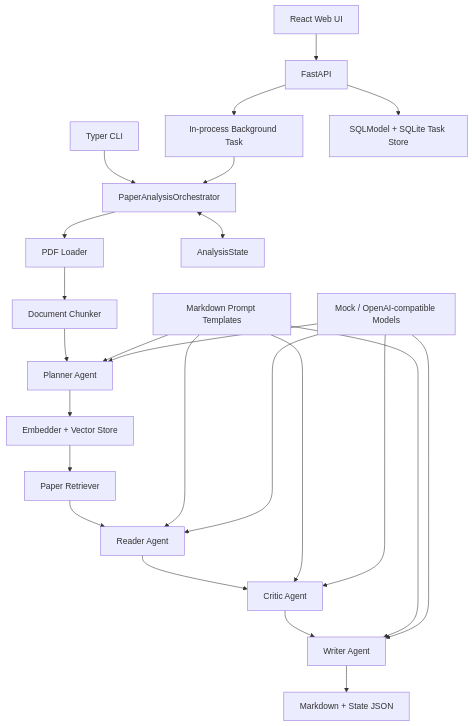
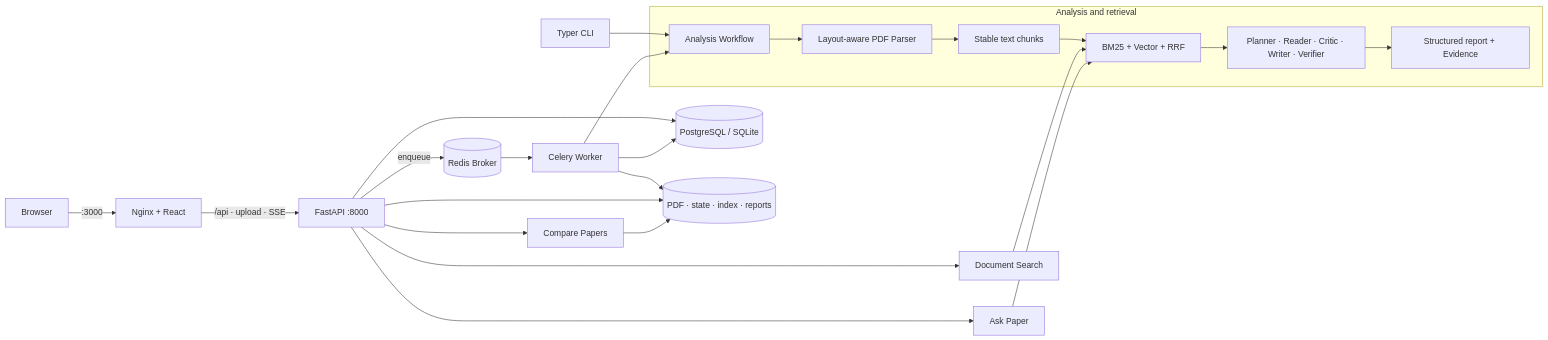
Before and after one commit to user0625/MAPRS: the first of 2 diagrams in README.md, drawn with Mermaid. The commit also changed other lines of this file and 3 other files, not shown here.

````diff
--- a/README.md
+++ b/README.md
@@ -128,30 +53,29 @@
 ```mermaid
-flowchart TD
-    Browser["React Web UI"] --> API["FastAPI"]
-    CLI["Typer CLI"] --> ORCH["PaperAnalysisOrchestrator"]
-    API --> TASK["In-process Background Task"]
-    TASK --> ORCH
+flowchart LR
+    Browser["Browser"] -->|:3000| Nginx["Nginx + React"]
+    Nginx -->|/api · upload · SSE| API["FastAPI :8000"]
+    CLI["Typer CLI"] --> Workflow["Analysis Workflow"]
 
-    ORCH --> PDF["PDF Loader"]
-    PDF --> CHUNK["Document Chunker"]
-    CHUNK --> PLAN["Planner Agent"]
-    PLAN --> INDEX["Embedder + Vector Store"]
-    INDEX --> RETRIEVE["Paper Retriever"]
-    RETRIEVE --> READER["Reader Agent"]
-    READER --> CRITIC["Critic Agent"]
-    CRITIC --> WRITER["Writer Agent"]
-    WRITER --> EXPORT["Markdown + State JSON"]
+    API --> DB[("PostgreSQL / SQLite")]
+    API -->|enqueue| Redis[("Redis Broker")]
+    Redis --> Worker["Celery Worker"]
+    Worker --> DB
+    Worker --> Workflow
+    Worker --> Files[("PDF · state · index · reports")]
+    API --> Files
 
-    PROMPTS["Markdown Prompt Templates"] --> PLAN
-    PROMPTS --> READER
-    PROMPTS --> CRITIC
-    PROMPTS --> WRITER
+    subgraph Analysis["Analysis and retrieval"]
+        Workflow --> PDF["Layout-aware PDF Parser"]
+        PDF --> Chunks["Stable text chunks"]
+        Chunks --> Retrieval["BM25 + Vector + RRF"]
+        Retrieval --> Agents["Planner · Reader · Critic · Writer · Verifier"]
+        Agents --> Report["Structured report + Evidence"]
+    end
 
-    MODEL["Mock / OpenAI-compatible Models"] --> PLAN
-    MODEL --> READER
-    MODEL --> CRITIC
-    MODEL --> WRITER
-
-    ORCH <--> STATE["AnalysisState"]
-    API --> STORE["SQLModel + SQLite Task Store"]
+    API --> Search["Document Search"]
+    API --> Ask["Ask Paper"]
+    API --> Compare["Compare Papers"]
+    Search --> Retrieval
+    Ask --> Retrieval
+    Compare --> Files
 ```
````
